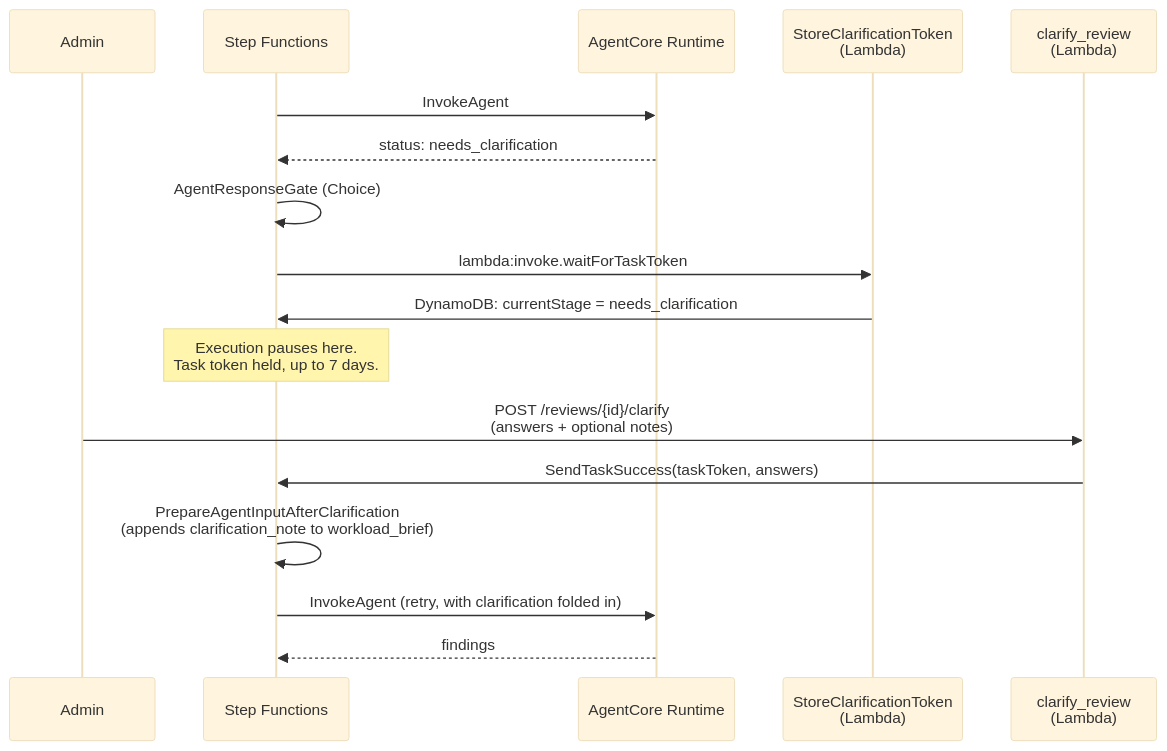
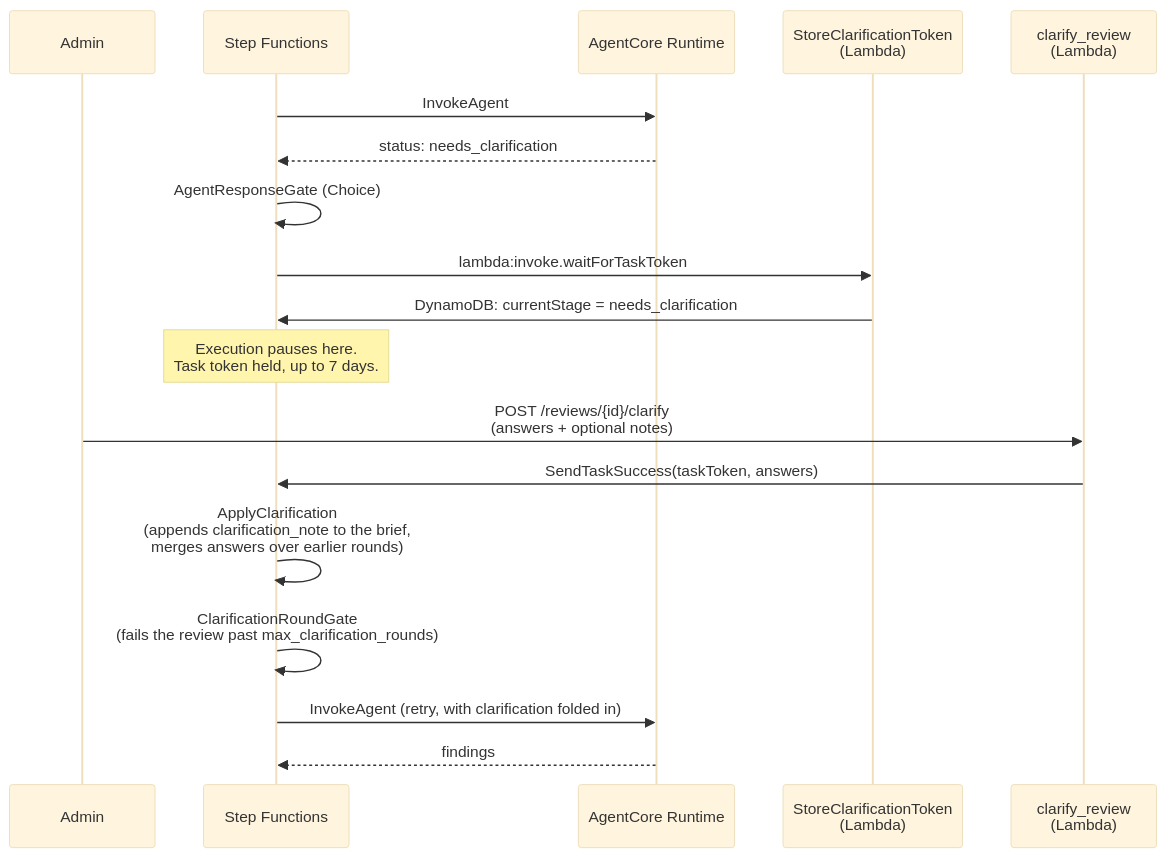
The second of 2 diagrams in docs/architecture.md (nandohtorres/archibrief), drawn with Mermaid (base theme) before and after one commit. The commit also changed 1 other file, not shown here.

Commit message:
docs: point clarification docs at the new ApplyClarification flow
clarify_review's docstring and the architecture sequence diagram still
named PrepareAgentInputAfterClarification, which the F06 fix removed.
They now describe ApplyClarification (note appended to
$.effective.workload_brief, answers merged over earlier rounds) and the
ClarificationRoundGate cap.

````diff
--- a/docs/architecture.md
+++ b/docs/architecture.md
@@ -132,20 +132,21 @@
 ```mermaid
 sequenceDiagram
     participant Admin
     participant SFN as Step Functions
     participant Agent as AgentCore Runtime
     participant SCT as StoreClarificationToken<br/>(Lambda)
     participant CR as clarify_review<br/>(Lambda)
 
     SFN->>Agent: InvokeAgent
     Agent-->>SFN: status: needs_clarification
     SFN->>SFN: AgentResponseGate (Choice)
     SFN->>SCT: lambda:invoke.waitForTaskToken
     SCT->>SFN: DynamoDB: currentStage = needs_clarification
     Note over SFN: Execution pauses here.<br/>Task token held, up to 7 days.
     Admin->>CR: POST /reviews/{id}/clarify<br/>(answers + optional notes)
     CR->>SFN: SendTaskSuccess(taskToken, answers)
-    SFN->>SFN: PrepareAgentInputAfterClarification<br/>(appends clarification_note to workload_brief)
+    SFN->>SFN: ApplyClarification<br/>(appends clarification_note to the brief,<br/>merges answers over earlier rounds)
+    SFN->>SFN: ClarificationRoundGate<br/>(fails the review past max_clarification_rounds)
     SFN->>Agent: InvokeAgent (retry, with clarification folded in)
     Agent-->>SFN: findings
 ```
````
